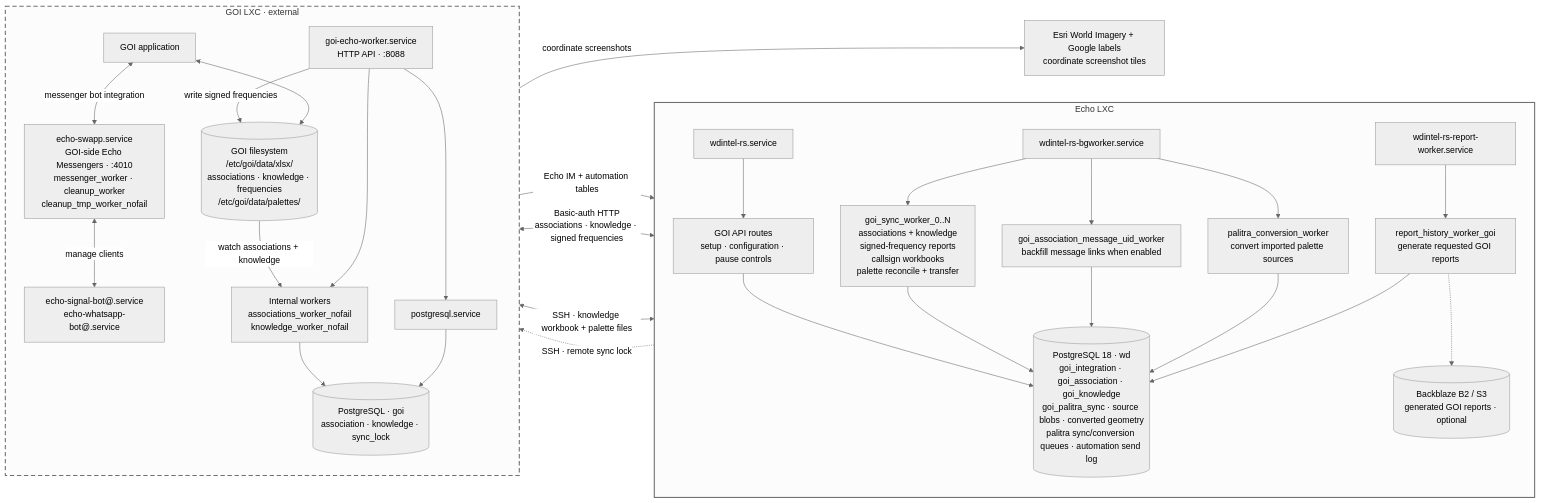
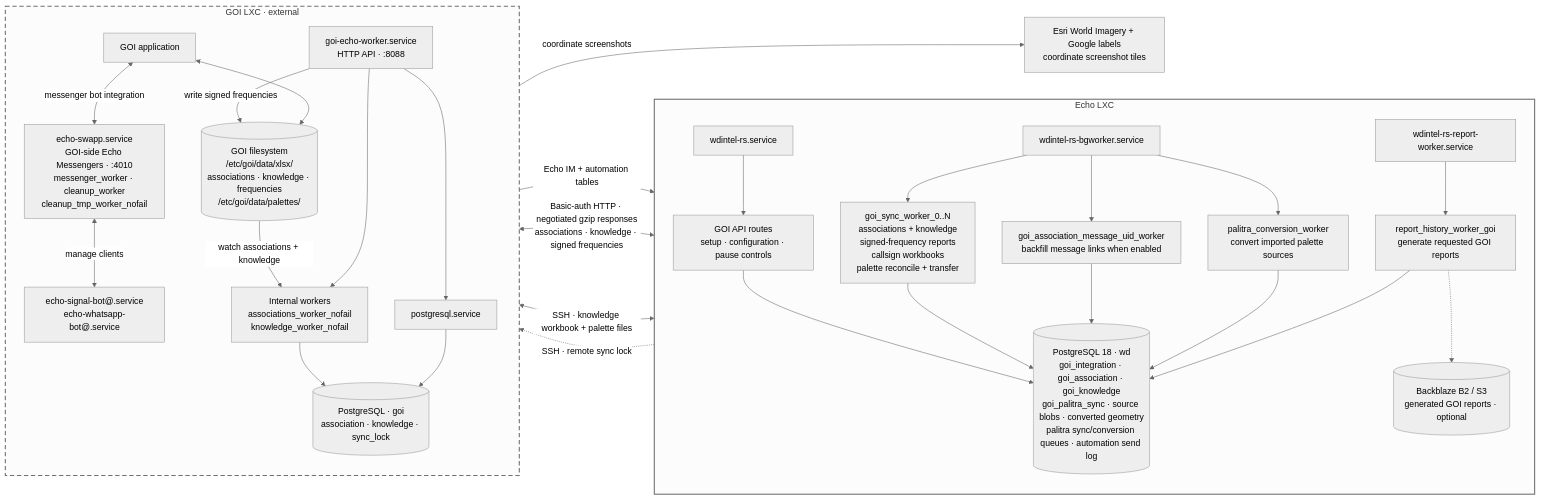
The sixth of 7 diagrams in docs/README.md (murczyk/echo), drawn with Mermaid (neutral theme) before and after one commit. The commit also changed other lines of this file, not shown here.

Commit message:
Documented negotiated gzip responses for the GOI HTTP integration

````diff
--- a/docs/README.md
+++ b/docs/README.md
@@ -468,63 +470,63 @@
 ```mermaid
 flowchart LR
     subgraph echo_lxc["Echo LXC"]
         direction TB
         api["wdintel-rs.service"]
         bg["wdintel-rs-bgworker.service"]
         reports["wdintel-rs-report-worker.service"]
 
         routes["GOI API routes<br/>setup · configuration · pause controls"]
         sync["goi_sync_worker_0..N<br/>associations + knowledge<br/>signed-frequency reports<br/>callsign workbooks<br/>palette reconcile + transfer"]
         message_uid["goi_association_message_uid_worker<br/>backfill message links when enabled"]
         conversion["palitra_conversion_worker<br/>convert imported palette sources"]
         report["report_history_worker_goi<br/>generate requested GOI reports"]
         echo_pg[("PostgreSQL 18 · wd<br/>goi_integration · goi_association · goi_knowledge<br/>goi_palitra_sync · source blobs · converted geometry<br/>palitra sync/conversion queues · automation send log")]
         report_store[("Backblaze B2 / S3<br/>generated GOI reports · optional")]
 
         api --> routes
         bg --> sync
         bg --> message_uid
         bg --> conversion
         reports --> report
 
         routes --> echo_pg
         sync --> echo_pg
         message_uid --> echo_pg
         conversion --> echo_pg
         report --> echo_pg
         report -.-> report_store
     end
 
     subgraph goi_lxc["GOI LXC · external"]
         direction TB
         goi_app["GOI application"]
         goi_worker["goi-echo-worker.service<br/>HTTP API · :8088"]
         echo_swapp["echo-swapp.service<br/>GOI-side Echo Messengers · :4010<br/>messenger_worker · cleanup_worker<br/>cleanup_tmp_worker_nofail"]
         messenger_clients["echo-signal-bot@.service<br/>echo-whatsapp-bot@.service"]
         goi_watchers["Internal workers<br/>associations_worker_nofail<br/>knowledge_worker_nofail"]
         goi_postgres["postgresql.service"]
         goi_pg[("PostgreSQL · goi<br/>association · knowledge · sync_lock")]
         goi_files[("GOI filesystem<br/>/etc/goi/data/xlsx/<br/>associations · knowledge · frequencies<br/>/etc/goi/data/palettes/")]
 
         goi_app <--> goi_files
         goi_app <-->|messenger bot integration| echo_swapp
         echo_swapp <-->|manage clients| messenger_clients
         goi_worker --> goi_watchers
         goi_worker --> goi_postgres
         goi_postgres --> goi_pg
         goi_watchers --> goi_pg
         goi_files -->|watch associations + knowledge| goi_watchers
         goi_worker -->|write signed frequencies| goi_files
     end
 
     map_tiles["Esri World Imagery + Google labels<br/>coordinate screenshot tiles"]
     echo_swapp -->|coordinate screenshots| map_tiles
 
-    sync <-->|Basic-auth HTTP<br/>associations · knowledge · signed frequencies| goi_worker
+    sync <-->|Basic-auth HTTP · negotiated gzip responses<br/>associations · knowledge · signed frequencies| goi_worker
     sync <-->|SSH · knowledge workbook + palette files| goi_files
     sync -.->|SSH · remote sync lock| goi_pg
     echo_swapp -->|Echo IM + automation tables| echo_pg
 
     style echo_lxc stroke-width:2px
     style goi_lxc stroke-width:2px,stroke-dasharray:8 5
 ```
````
